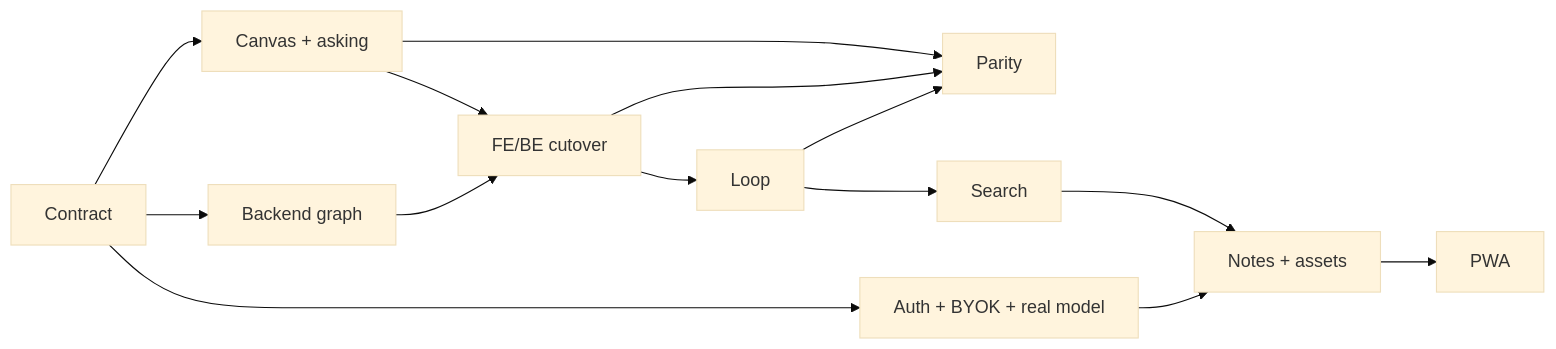
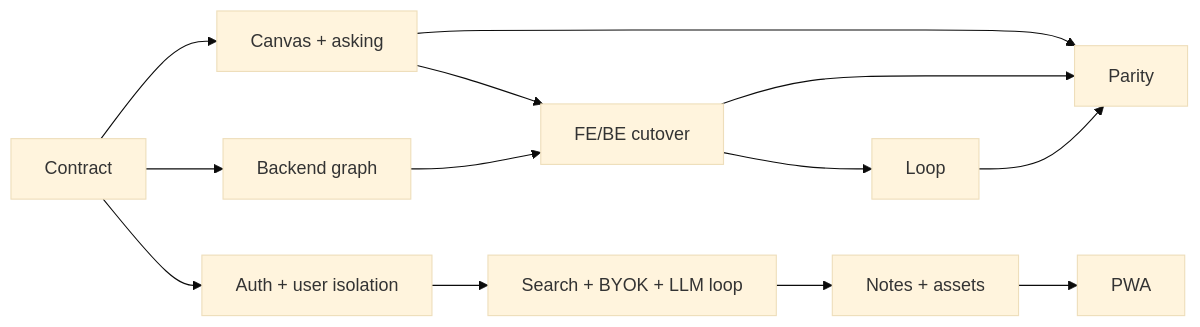
One commit to zacharyLYH/DeepBurrow changed the second of 2 diagrams in docs/PLAN.md. Above: the diagram before and after it, drawn with Mermaid (base theme). The commit also changed other lines of this file and 51 other files, not shown here.

Commit message:
m6 auth and user

````diff
--- a/docs/PLAN.md
+++ b/docs/PLAN.md
@@ -57,16 +57,15 @@
 ```mermaid
 flowchart LR
   C[Contract] --> FE[Canvas + asking]
   C --> BE[Backend graph]
   FE --> Cut[FE/BE cutover]
   BE --> Cut
   Cut --> Loop[Loop]
   FE --> Parity[Parity]
   Cut --> Parity
   Loop --> Parity
-  Loop --> Search[Search]
-  C --> Real[Auth + BYOK + real model]
+  C --> Auth[Auth + user isolation]
+  Auth --> Search[Search + BYOK + LLM loop]
   Search --> Author[Notes + assets]
-  Real --> Author
   Author --> PWA[PWA]
 ```
````
